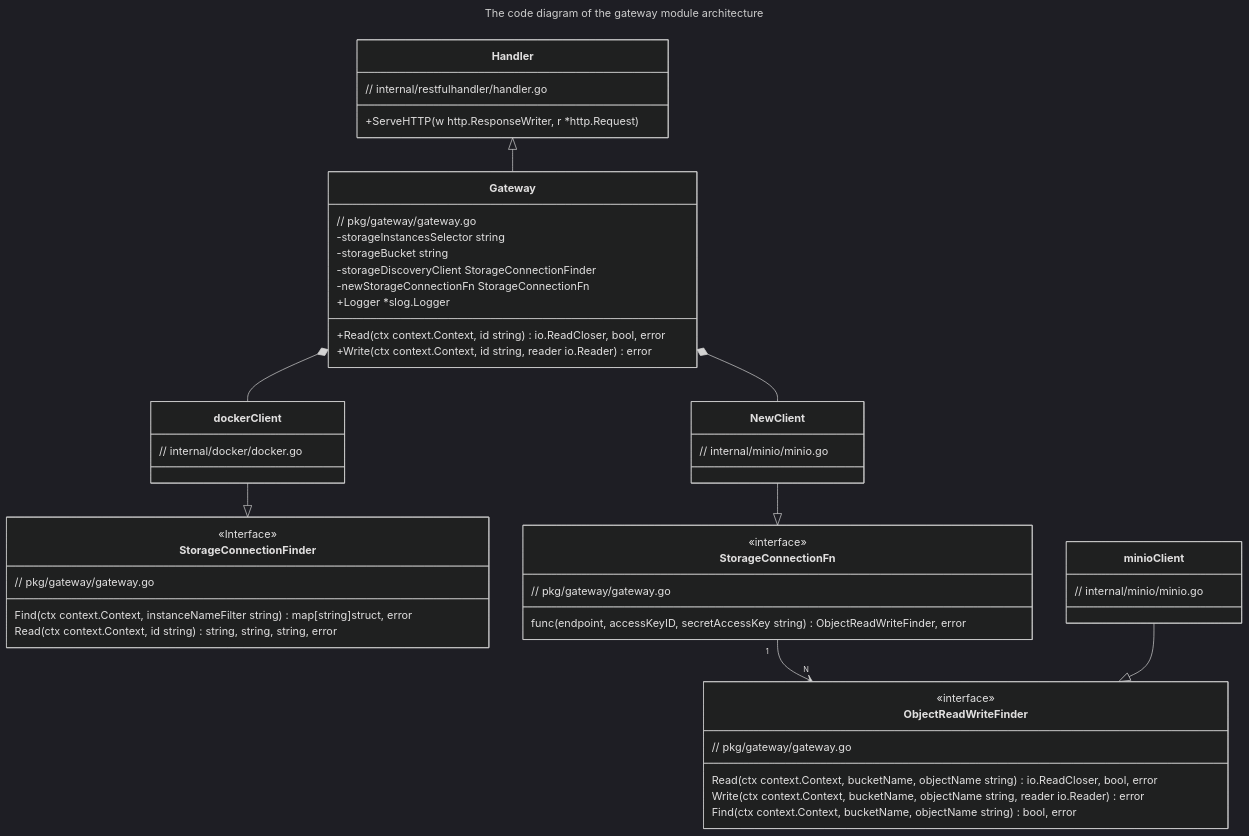
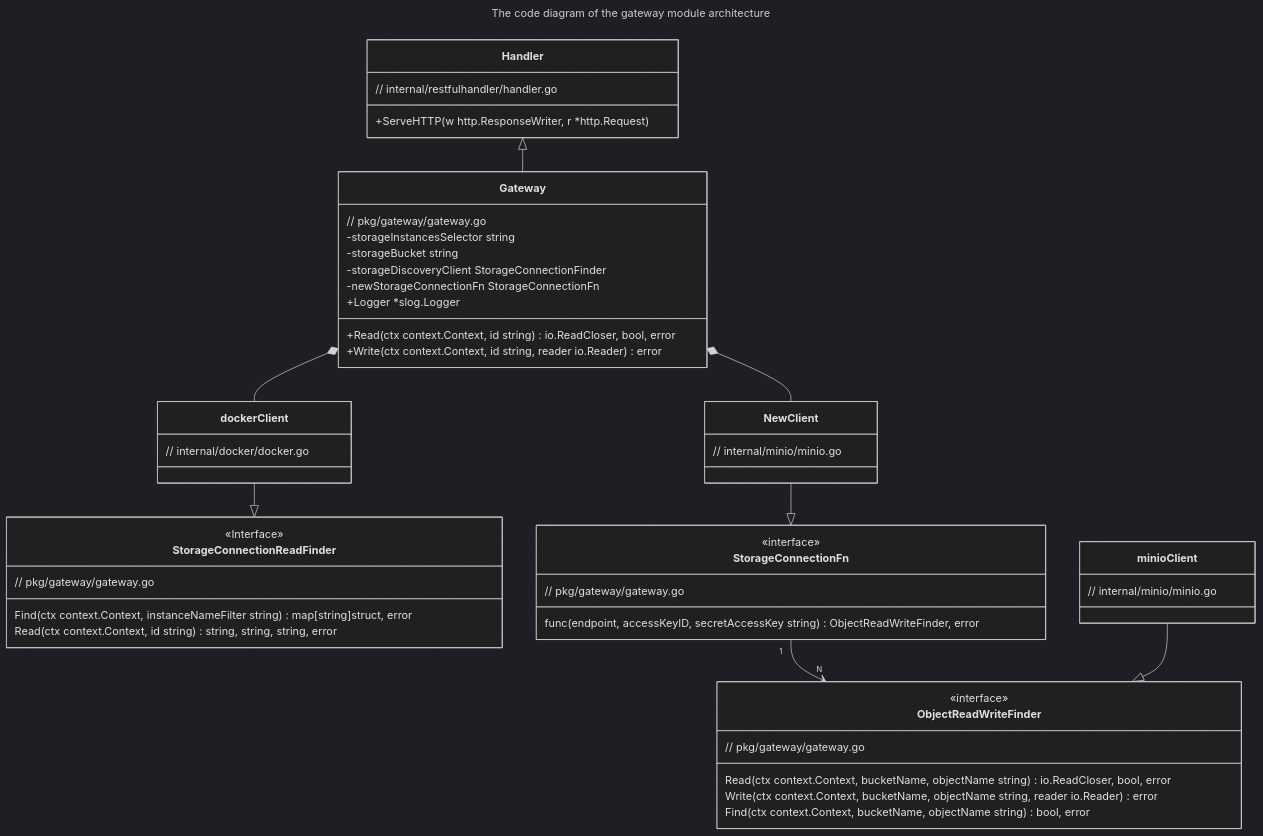
One commit to kislerdm/object-storage-gateway changed the diagram in README.md. Above: the diagram before and after it, drawn with Mermaid (dark theme). The commit also changed 2 other files, not shown here.

Commit message:
chore: rename the interface to suit its nature

````diff
--- a/README.md
+++ b/README.md
@@ -98,64 +98,64 @@
 ```mermaid
 ---
 title: The code diagram of the gateway module architecture
 ---
 classDiagram
   class Gateway {
       // pkg/gateway/gateway.go
       -storageInstancesSelector string
       -storageBucket            string
       -storageDiscoveryClient   StorageConnectionFinder
       -newStorageConnectionFn   StorageConnectionFn
        +Logger *slog.Logger
 
       +Read(ctx context.Context, id string) io.ReadCloser, bool, error
       +Write(ctx context.Context, id string, reader io.Reader) error
   }
 
-  class StorageConnectionFinder {
+  class StorageConnectionReadFinder {
       // pkg/gateway/gateway.go
       <<Interface>>
       Find(ctx context.Context, instanceNameFilter string) map[string]struct, error
       Read(ctx context.Context, id string) string, string, string, error
   }
 
   class ObjectReadWriteFinder {
       // pkg/gateway/gateway.go
       <<interface>>
       Read(ctx context.Context, bucketName, objectName string) io.ReadCloser, bool, error
       Write(ctx context.Context, bucketName, objectName string, reader io.Reader) error
       Find(ctx context.Context, bucketName, objectName string) bool, error
   }
 
   class StorageConnectionFn {
       // pkg/gateway/gateway.go
       <<interface>>
       func(endpoint, accessKeyID, secretAccessKey string) ObjectReadWriteFinder, error
   }
 
   class Handler {
       // internal/restfulhandler/handler.go
       +ServeHTTP(w http.ResponseWriter, r *http.Request)
   }
 
   class dockerClient {
       // internal/docker/docker.go
   }
 
   class minioClient {
   // internal/minio/minio.go
   }
 
   class NewClient {
   // internal/minio/minio.go
   }
 
   StorageConnectionFn "1" --> "N" ObjectReadWriteFinder
   
   minioClient --|> ObjectReadWriteFinder
-  dockerClient --|> StorageConnectionFinder
+  dockerClient --|> StorageConnectionReadFinder
   NewClient --|> StorageConnectionFn
   Gateway *-- dockerClient
   Gateway *-- NewClient
   Handler <|-- Gateway
 ```
````
